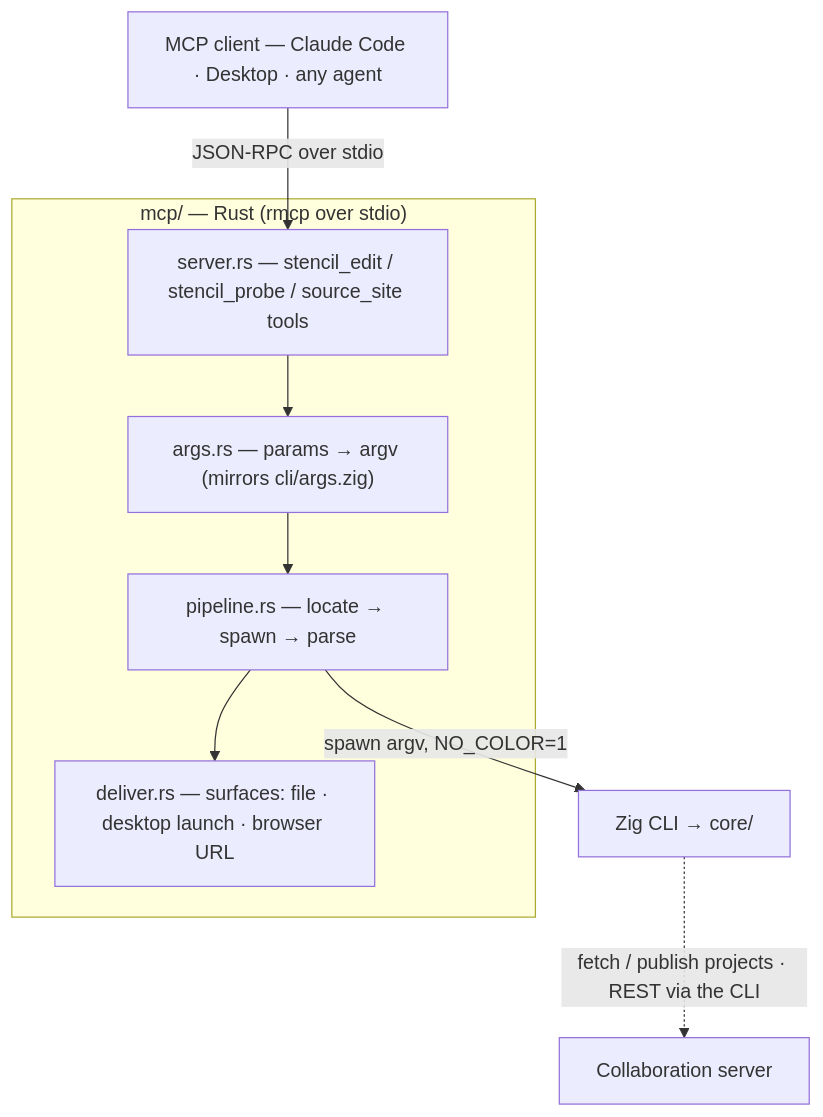
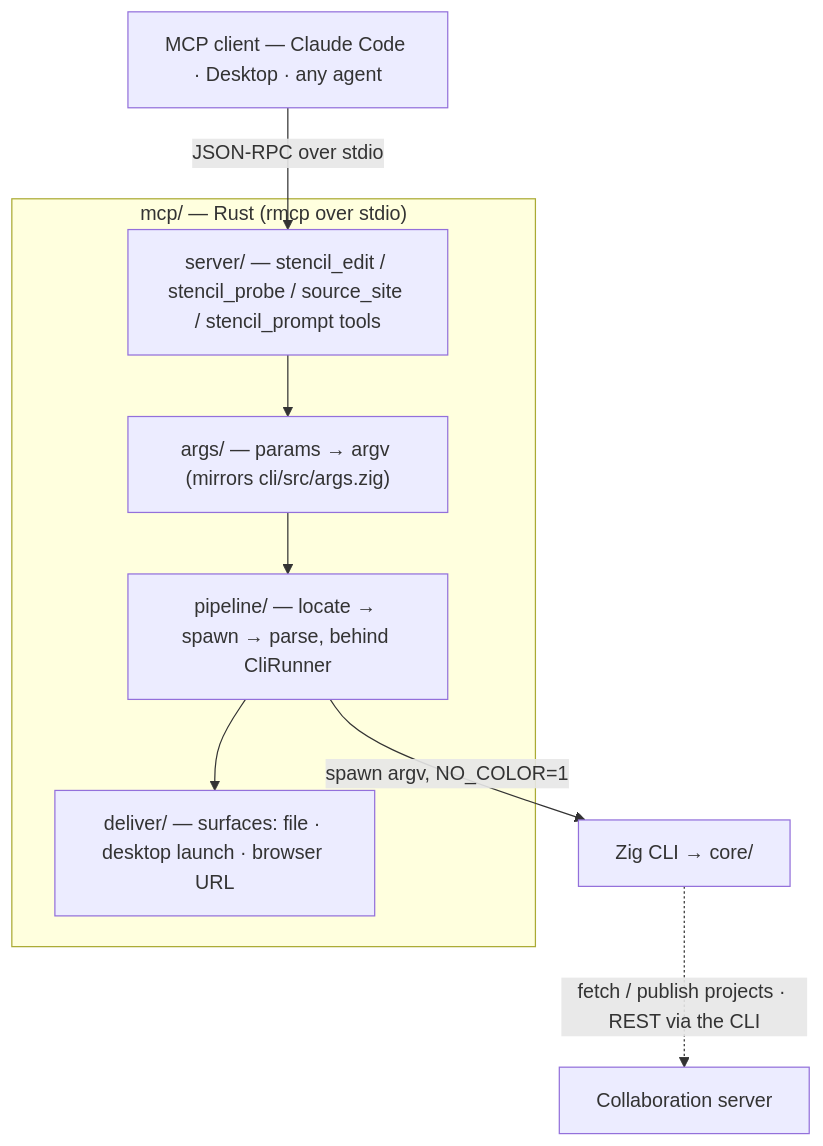
The first of 2 diagrams in mcp/README.md (andrew1407/stencil), drawn with Mermaid before and after one commit. The commit also changed other lines of this file and 3128 other files, not shown here.

````diff
--- a/mcp/README.md
+++ b/mcp/README.md
@@ -31,19 +31,19 @@
 ```mermaid
 graph TD
     CLIENT["MCP client — Claude Code · Desktop · any agent"]
     subgraph MCP["mcp/ — Rust (rmcp over stdio)"]
-      SERVER["server.rs — stencil_edit / stencil_probe / source_site tools"]
-      ARGS["args.rs — params → argv (mirrors cli/args.zig)"]
-      PIPE["pipeline.rs — locate → spawn → parse"]
-      DEL["deliver.rs — surfaces: file · desktop launch · browser URL"]
+      SERVER["server/ — stencil_edit / stencil_probe / source_site / stencil_prompt tools"]
+      ARGS["args/ — params → argv (mirrors cli/src/args.zig)"]
+      PIPE["pipeline/ — locate → spawn → parse, behind CliRunner"]
+      DEL["deliver/ — surfaces: file · desktop launch · browser URL"]
     end
     CLI["Zig CLI → core/"]
     SRV["Collaboration server"]
 
     CLIENT -->|"JSON-RPC over stdio"| SERVER
     SERVER --> ARGS
     ARGS --> PIPE
     PIPE -->|"spawn argv, NO_COLOR=1"| CLI
     CLI -.->|"fetch / publish projects · REST via the CLI"| SRV
     PIPE --> DEL
 ```
````
